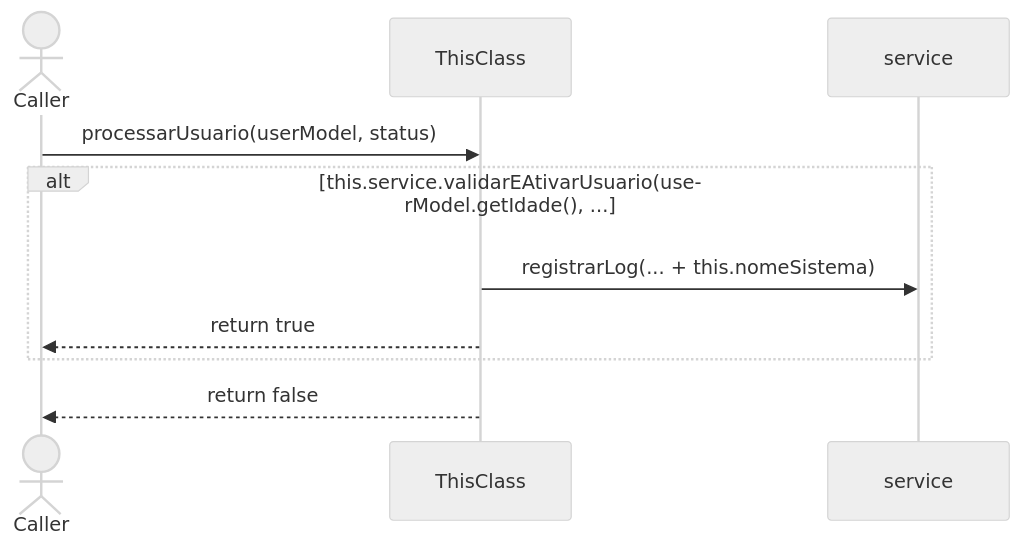
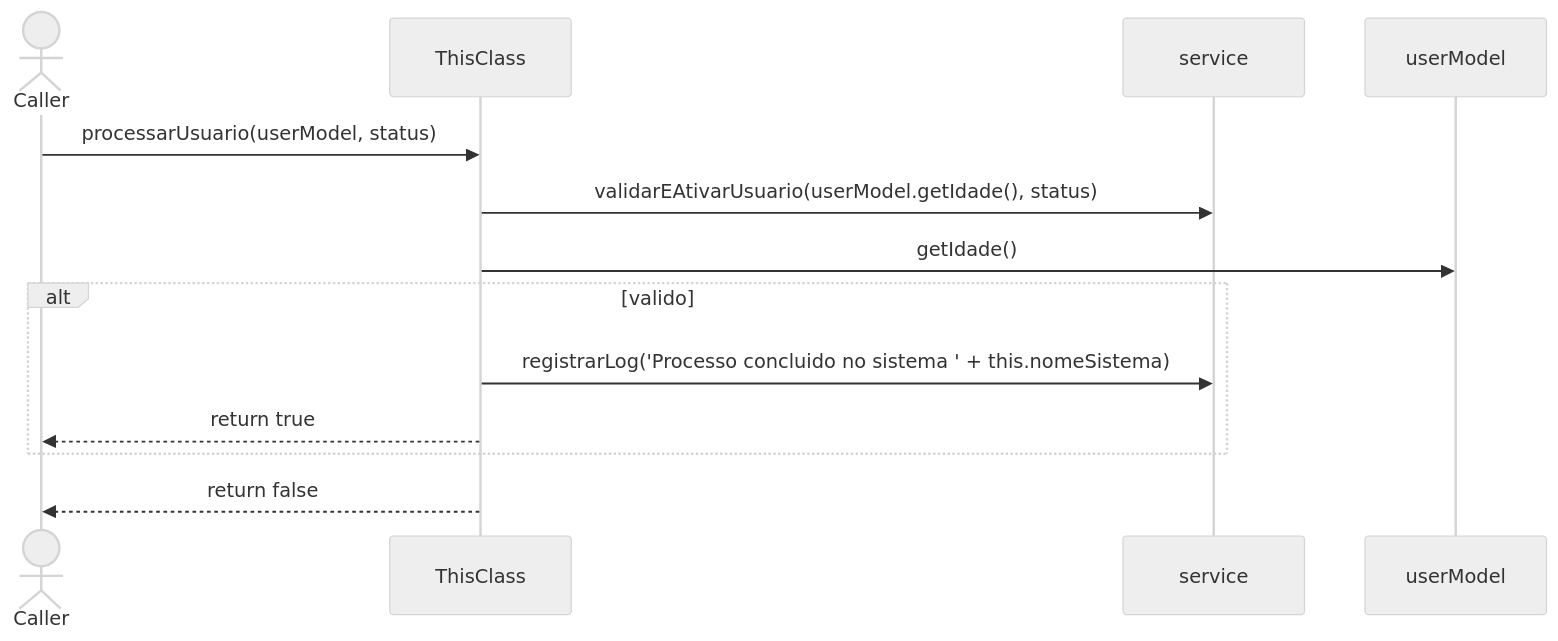
One commit to FelipeMCassiano/geanky changed the third of 3 diagrams in docs/UsuarioController.md. Above: the diagram before and after it, drawn with Mermaid (neutral theme). The commit also changed other lines of this file and 18 other files, not shown here.

````diff
--- a/docs/UsuarioController.md
+++ b/docs/UsuarioController.md
@@ -109,14 +97,17 @@
 ```mermaid
 sequenceDiagram
     actor Caller
     participant ThisClass
 
     Caller->>ThisClass: processarUsuario(userModel, status)
-    alt this.service.validarEAtivarUsuario(userModel.getIdade(), ...
     participant service
-    ThisClass->>service: registrarLog(... + this.nomeSistema)
+    ThisClass->>service: validarEAtivarUsuario(userModel.getIdade(), status)
+    participant userModel
+    ThisClass->>userModel: getIdade()
+    alt valido
+    ThisClass->>service: registrarLog('Processo concluido no sistema ' + this.nomeSistema)
     ThisClass-->>Caller: return true
     end
     ThisClass-->>Caller: return false
 
 ```
````
